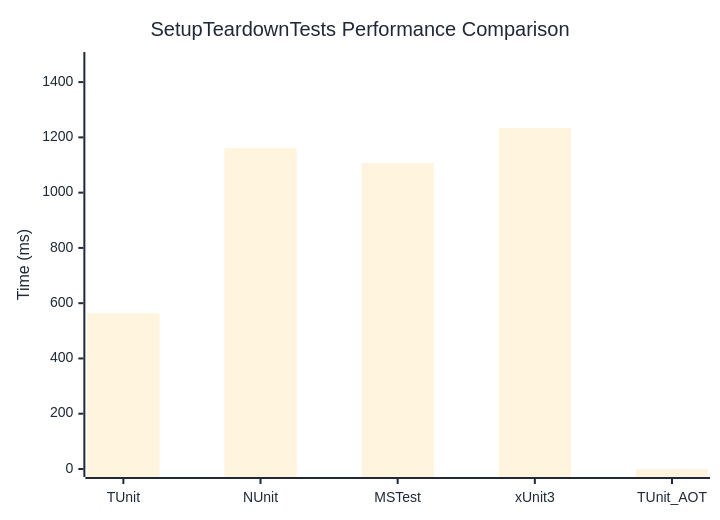
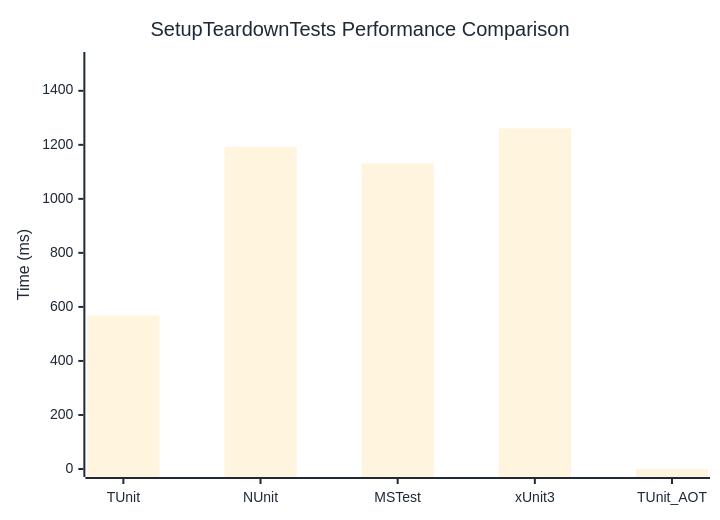
The diagram in docs/docs/benchmarks/SetupTeardownTests.md (thomhurst/TUnit), drawn with Mermaid before and after one commit. The commit also changed other lines of this file and 17 other files, not shown here.

````diff
--- a/docs/docs/benchmarks/SetupTeardownTests.md
+++ b/docs/docs/benchmarks/SetupTeardownTests.md
@@ -27,37 +27,37 @@
 ```mermaid
 %%{init: {
   'theme':'base',
   'themeVariables': {
     'primaryColor': '#2563eb',
     'primaryTextColor': '#1f2937',
     'primaryBorderColor': '#1e40af',
     'lineColor': '#6b7280',
     'secondaryColor': '#7c3aed',
     'tertiaryColor': '#dc2626',
     'background': '#ffffff',
     'mainBkg': '#2563eb',
     'secondBkg': '#7c3aed',
     'tertiaryBkg': '#dc2626',
     'clusterBkg': '#f3f4f6',
     'edgeLabelBackground': '#ffffff',
     'tertiaryTextColor': '#1f2937',
     'pie1': '#2563eb',
     'pie2': '#7c3aed',
     'pie3': '#dc2626',
     'pie4': '#f59e0b',
     'pie5': '#10b981',
     'pie6': '#06b6d4',
     'pie7': '#ec4899',
     'pie8': '#6366f1',
     'pie9': '#84cc16',
     'pie10': '#f97316',
     'pie11': '#14b8a6',
     'pie12': '#a855f7'
   }
 }}%%
 xychart-beta
   title "SetupTeardownTests Performance Comparison"
   x-axis ["TUnit", "NUnit", "MSTest", "xUnit3", "TUnit_AOT"]
-  y-axis "Time (ms)" 0 --> 1480
-  bar [562.6, 1161.9, 1107, 1233.2, 0]
+  y-axis "Time (ms)" 0 --> 1514
+  bar [567.7, 1192.9, 1130.6, 1260.9, 0]
 ```
````
